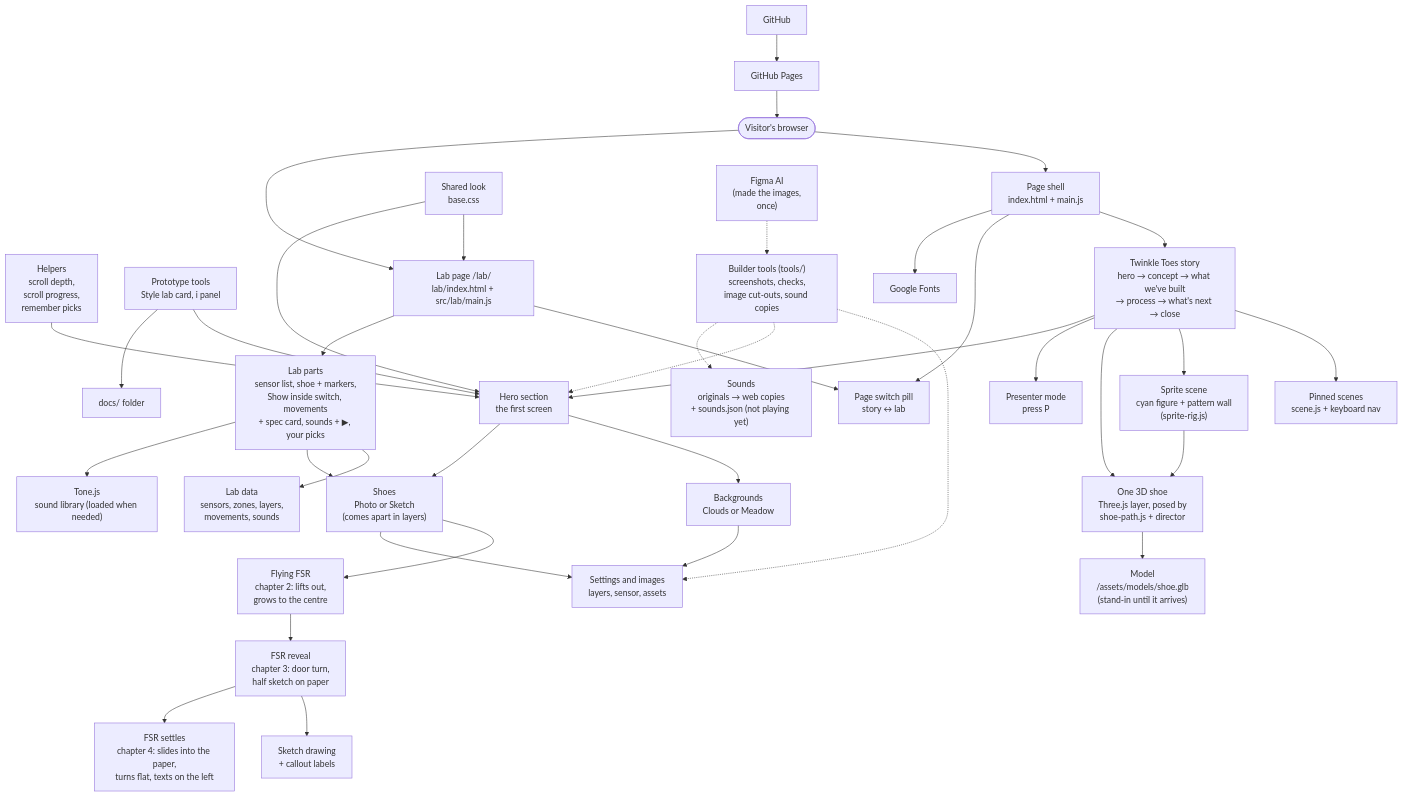
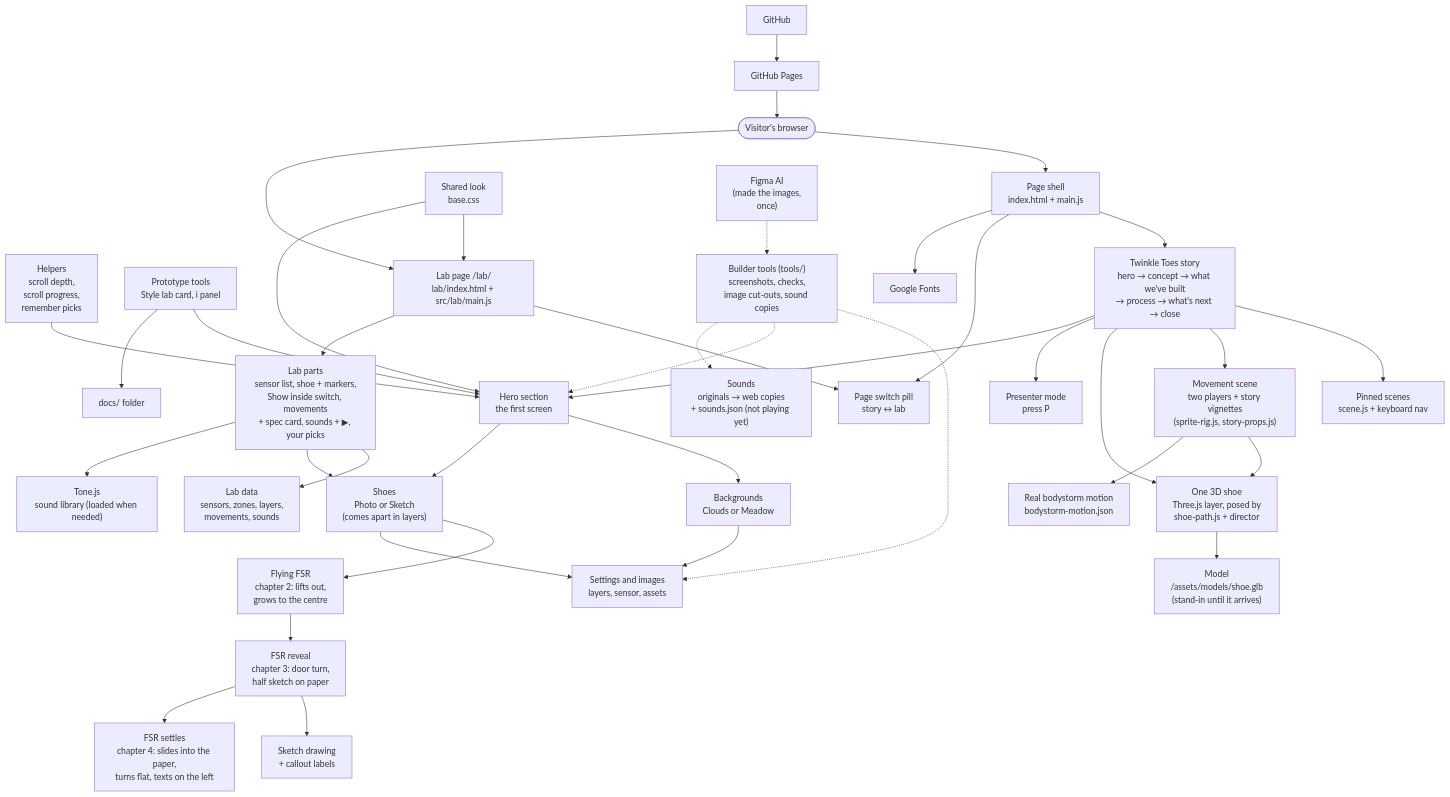
Before and after one commit to Veruzka/magic-shoes-presentation: the diagram in docs/architecture.md, drawn with Mermaid. The commit also changed other lines of this file and 3 other files, not shown here.

Commit message:
Docs: two players, real motion, story vignettes, one offer per move

````diff
--- a/docs/architecture.md
+++ b/docs/architecture.md
@@ -3,64 +3,66 @@
 ```mermaid
 flowchart TD
   visitor(["Visitor's browser"])
   page["Page shell<br/>index.html + main.js"]
   hero["Hero section<br/>the first screen"]
   bg["Backgrounds<br/>Clouds or Meadow"]
   shoe["Shoes<br/>Photo or Sketch<br/>(comes apart in layers)"]
   flight["Flying FSR<br/>chapter 2: lifts out,<br/>grows to the centre"]
   reveal["FSR reveal<br/>chapter 3: door turn,<br/>half sketch on paper"]
   sketch["Sketch drawing<br/>+ callout labels"]
   settle["FSR settles<br/>chapter 4: slides into the paper,<br/>turns flat, texts on the left"]
   data["Settings and images<br/>layers, sensor, assets"]
   helpers["Helpers<br/>scroll depth,<br/>scroll progress,<br/>remember picks"]
   styles["Shared look<br/>base.css"]
   tools["Prototype tools<br/>Style lab card, i panel"]
   lab["Lab page /lab/<br/>lab/index.html + src/lab/main.js"]
   labdata["Lab data<br/>sensors, zones, layers,<br/>movements, sounds"]
   labparts["Lab parts<br/>sensor list, shoe + markers,<br/>Show inside switch, movements<br/>+ spec card, sounds + ▶, your picks"]
   tonejs["Tone.js<br/>sound library (loaded when needed)"]
   pill["Page switch pill<br/>story ↔ lab"]
   docs["docs/ folder"]
   github["GitHub"]
   vercel["GitHub Pages"]
   fonts["Google Fonts"]
   figma["Figma AI<br/>(made the images,<br/>once)"]
   devtools["Builder tools (tools/)<br/>screenshots, checks,<br/>image cut-outs, sound copies"]
   sounds["Sounds<br/>originals → web copies<br/>+ sounds.json (not playing yet)"]
   story["Twinkle Toes story<br/>hero → concept → what we've built<br/>→ process → what's next → close"]
   scenes["Pinned scenes<br/>scene.js + keyboard nav"]
   shoe3d["One 3D shoe<br/>Three.js layer, posed by<br/>shoe-path.js + director"]
-  sprite["Sprite scene<br/>cyan figure + pattern wall<br/>(sprite-rig.js)"]
+  sprite["Movement scene<br/>two players + story vignettes<br/>(sprite-rig.js, story-props.js)"]
+  motion["Real bodystorm motion<br/>bodystorm-motion.json"]
   model["Model<br/>/assets/models/shoe.glb<br/>(stand-in until it arrives)"]
   notes["Presenter mode<br/>press P"]
 
   visitor --> page --> story
   story --> scenes
   story --> sprite --> shoe3d
+  sprite --> motion
   story --> shoe3d --> model
   story --> notes
   story --> hero
   visitor --> lab
   page --> pill
   lab --> pill
   lab --> labparts --> labdata
   labparts --> shoe
   labparts --> tonejs
   styles --> lab
   hero --> bg
   hero --> shoe
   shoe --> flight
   flight --> reveal --> sketch
   reveal --> settle
   bg --> data
   shoe --> data
   helpers --> hero
   styles --> hero
   tools --> hero
   tools --> docs
   page --> fonts
   github --> vercel --> visitor
   figma -.-> devtools -.-> data
   devtools -.-> hero
   devtools -.-> sounds
 ```
````
